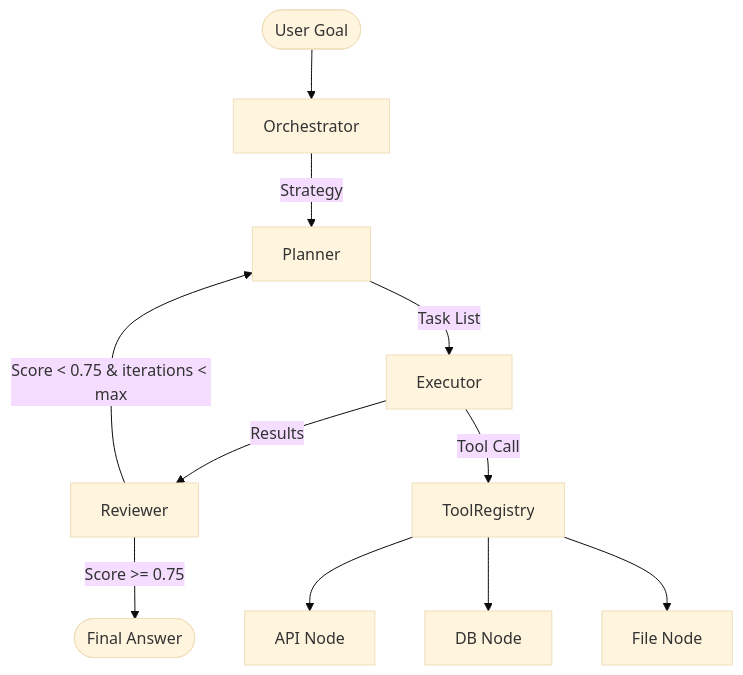
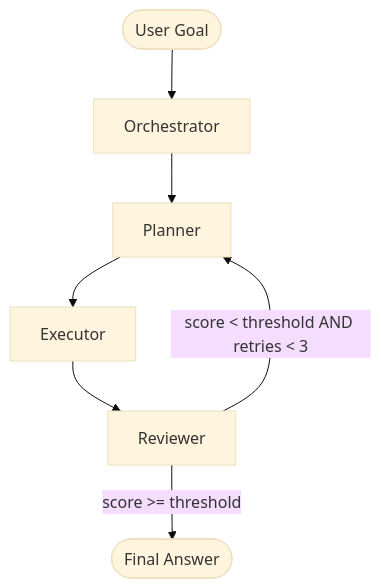
The diagram in docs/architecture.md (TylrDn/multi-agent-reference-architecture), drawn with Mermaid (base theme) before and after one commit. The commit also changed other lines of this file and 29 other files, not shown here.

Commit message:
feat: build out Repo 3 in full — OPER multi-agent pattern, tool registry, configs, docs, API, evals

````diff
--- a/docs/architecture.md
+++ b/docs/architecture.md
@@ -8,13 +16,9 @@
 ```mermaid
-graph TD
+flowchart TD
     A([User Goal]) --> B[Orchestrator]
-    B -->|Strategy| C[Planner]
-    C -->|Task List| D[Executor]
-    D -->|Results| E[Reviewer]
-    E -->|Score >= 0.75| F([Final Answer])
-    E -->|Score < 0.75 & iterations < max| C
-    D -->|Tool Call| G[ToolRegistry]
-    G --> H[API Node]
-    G --> I[DB Node]
-    G --> J[File Node]
+    B --> C[Planner]
+    C --> D[Executor]
+    D --> E[Reviewer]
+    E -->|score >= threshold| F([Final Answer])
+    E -->|score < threshold AND retries < 3| C
 ```
````
